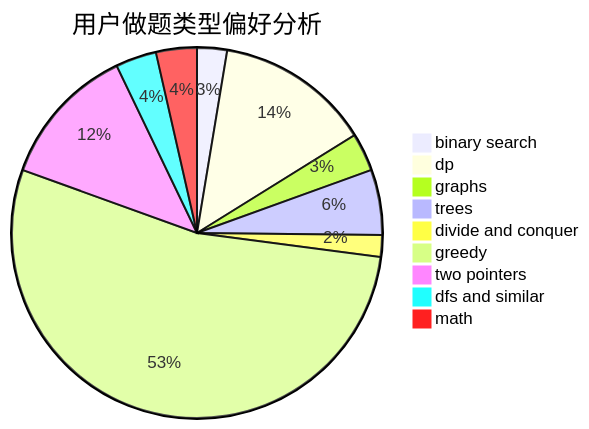
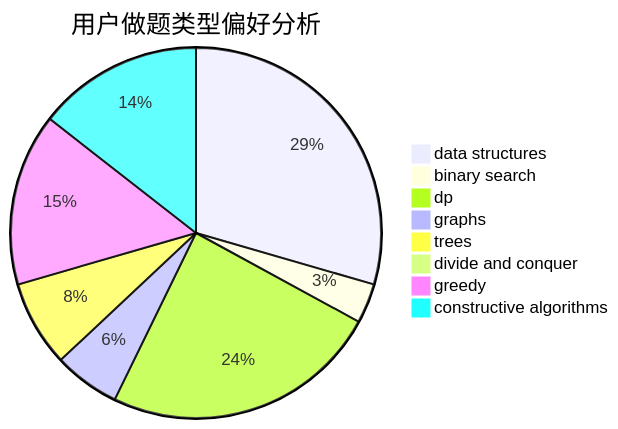
One commit to sherpahu/cfrs.github.io changed the second of 3 diagrams in docs/user/u2292.md. Above: the diagram before and after it, drawn with Mermaid. The commit also changed other lines of this file and 2775 other files, not shown here.

````diff
--- a/docs/user/u2292.md
+++ b/docs/user/u2292.md
@@ -23,12 +23,11 @@
 ```mermaid
 pie title 用户做题类型偏好分析
-    "binary search" :  11
-    "dp" :  57
-    "graphs" :  14
-    "trees" :  24
-    "divide and conquer" :  8
-    "greedy" :  225
-    "two pointers" :  52
-    "dfs and similar" :  15
-    "math" :  15
+    "data structures" :  51
+    "binary search" :  6
+    "dp" :  42
+    "graphs" :  10
+    "trees" :  13
+    "divide and conquer" :  0
+    "greedy" :  26
+    "constructive algorithms" :  25
 ```
````
